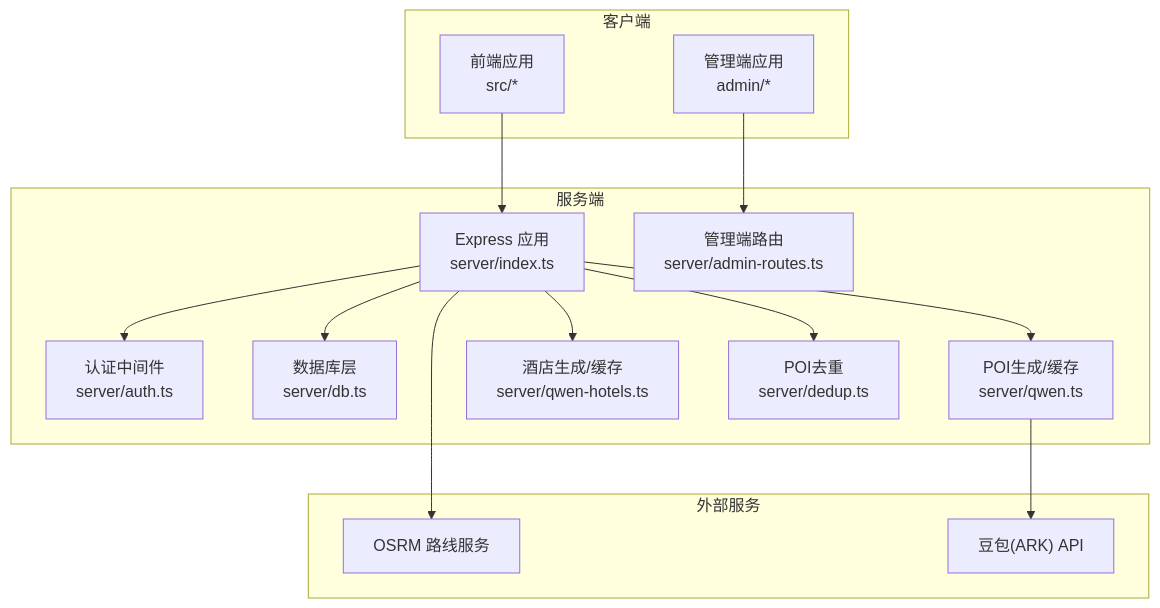
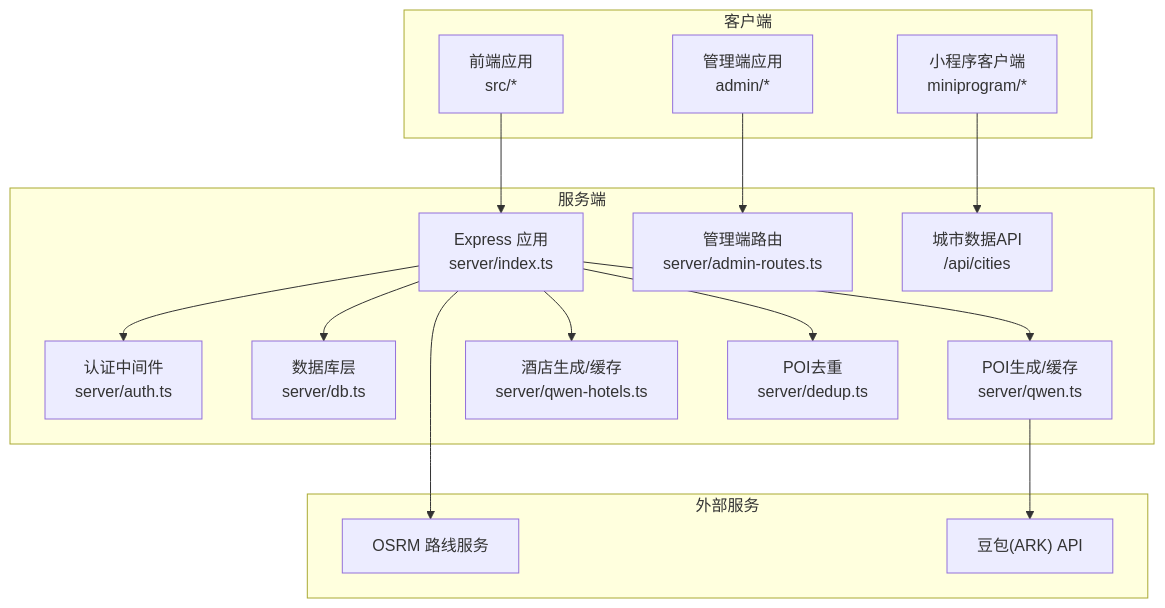
The first of 6 diagrams in .qoder/repowiki/zh/content/API参考文档/API参考文档.md (ititjjy/AITrip-plan), drawn with Mermaid before and after one commit. The commit also changed other lines of this file and 144 other files, not shown here.

````diff
--- a/.qoder/repowiki/zh/content/API参考文档/API参考文档.md
+++ b/.qoder/repowiki/zh/content/API参考文档/API参考文档.md
@@ -46,29 +48,32 @@
 ```mermaid
 graph TB
 subgraph "客户端"
 FE["前端应用<br/>src/*"]
 AdminFE["管理端应用<br/>admin/*"]
+MiniProgram["小程序客户端<br/>miniprogram/*"]
 end
 subgraph "服务端"
 API["Express 应用<br/>server/index.ts"]
 Auth["认证中间件<br/>server/auth.ts"]
 DB["数据库层<br/>server/db.ts"]
 Qwen["POI生成/缓存<br/>server/qwen.ts"]
 QwenHotels["酒店生成/缓存<br/>server/qwen-hotels.ts"]
 Dedup["POI去重<br/>server/dedup.ts"]
 AdminAPI["管理端路由<br/>server/admin-routes.ts"]
+CityAPI["城市数据API<br/>/api/cities"]
 end
 subgraph "外部服务"
 OSRM["OSRM 路线服务"]
 Doubao["豆包(ARK) API"]
 end
 FE --> API
 AdminFE --> AdminAPI
+MiniProgram --> CityAPI
 API --> Auth
 API --> DB
 API --> Qwen
 API --> QwenHotels
 API --> Dedup
 API --> OSRM
 Qwen --> Doubao
 ```
````
